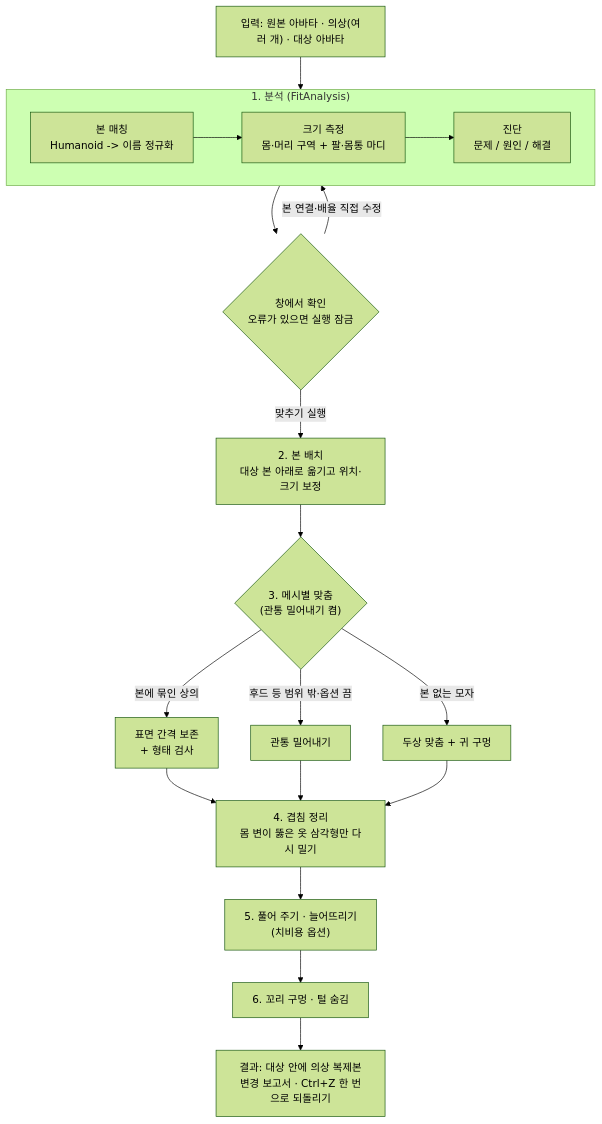
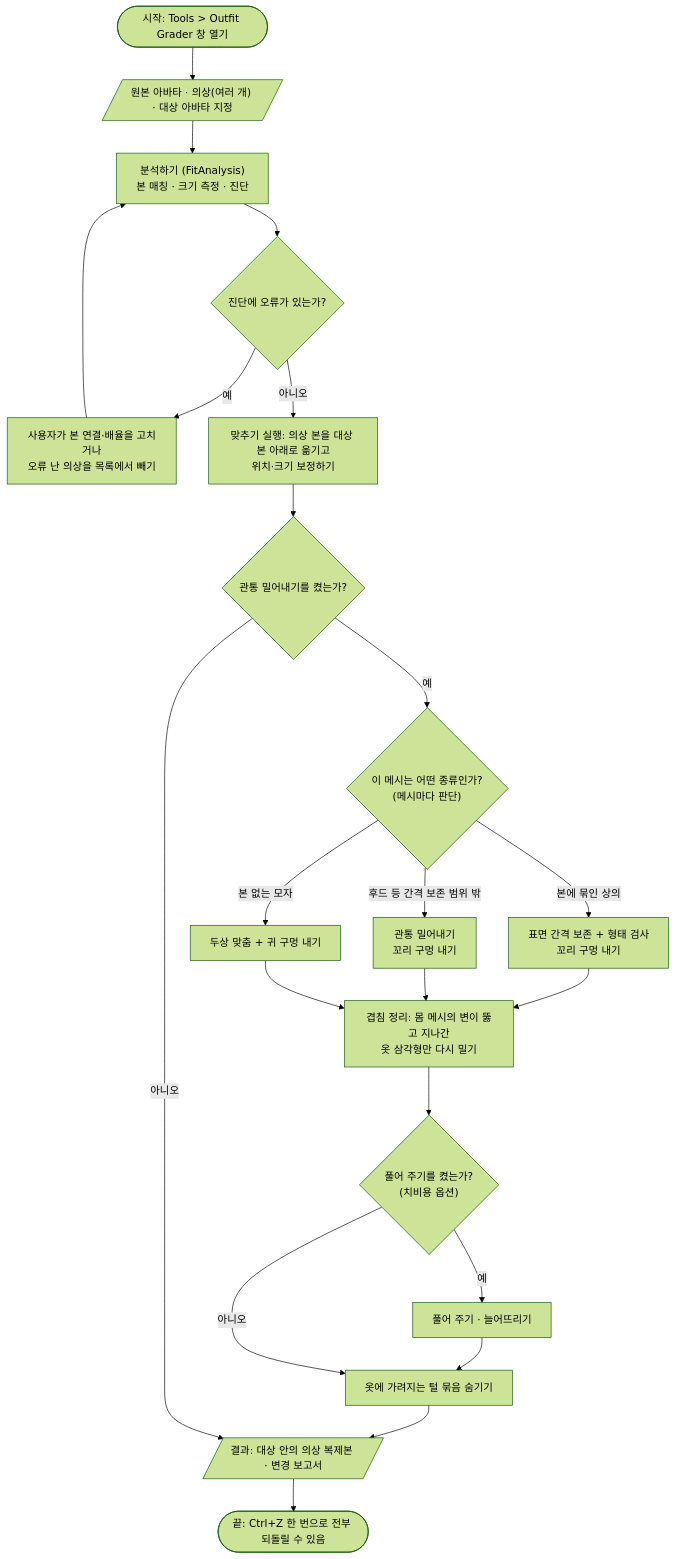
One commit to Ricopam/outfit-grader changed the first of 4 diagrams in README.md. Above: the diagram before and after it, drawn with Mermaid (forest theme). The commit also changed other lines of this file, not shown here.

````diff
--- a/README.md
+++ b/README.md
@@ -180,21 +182,24 @@
 ```mermaid
 flowchart TD
-    IN["입력: 원본 아바타 · 의상(여러 개) · 대상 아바타"] --> AN
-    subgraph AN["1. 분석 (FitAnalysis)"]
-        direction LR
-        A1["본 매칭<br/>Humanoid -> 이름 정규화"] --> A2["크기 측정<br/>몸·머리 구역 + 팔·몸통 마디"] --> A3["진단<br/>문제 / 원인 / 해결"]
-    end
-    AN --> UI{"창에서 확인<br/>오류가 있으면 실행 잠금"}
-    UI -- "본 연결·배율 직접 수정" --> AN
-    UI -- "맞추기 실행" --> PL["2. 본 배치<br/>대상 본 아래로 옮기고 위치·크기 보정"]
-    PL --> MESH{"3. 메시별 맞춤<br/>(관통 밀어내기 켬)"}
-    MESH -- "본에 묶인 상의" --> SO["표면 간격 보존<br/>+ 형태 검사"]
-    MESH -- "후드 등 범위 밖·옵션 끔" --> PU["관통 밀어내기"]
-    MESH -- "본 없는 모자" --> HAT["두상 맞춤 + 귀 구멍"]
-    SO --> RES["4. 겹침 정리<br/>몸 변이 뚫은 옷 삼각형만 다시 밀기"]
+    START(["시작: Tools > Outfit Grader 창 열기"]) --> IN[/"원본 아바타 · 의상(여러 개) · 대상 아바타 지정"/]
+    IN --> AN["분석하기 (FitAnalysis)<br/>본 매칭 · 크기 측정 · 진단"]
+    AN --> Q1{"진단에 오류가 있는가?"}
+    Q1 -->|예| FIX["사용자가 본 연결·배율을 고치거나<br/>오류 난 의상을 목록에서 빼기"]
+    FIX --> AN
+    Q1 -->|아니오| PL["맞추기 실행: 의상 본을 대상 본 아래로 옮기고<br/>위치·크기 보정하기"]
+    PL --> Q2{"관통 밀어내기를 켰는가?"}
+    Q2 -->|예| Q3{"이 메시는 어떤 종류인가?<br/>(메시마다 판단)"}
+    Q3 -->|본에 묶인 상의| SO["표면 간격 보존 + 형태 검사<br/>꼬리 구멍 내기"]
+    Q3 -->|후드 등 간격 보존 범위 밖| PU["관통 밀어내기<br/>꼬리 구멍 내기"]
+    Q3 -->|본 없는 모자| HAT["두상 맞춤 + 귀 구멍 내기"]
+    SO --> RES["겹침 정리: 몸 메시의 변이 뚫고 지나간<br/>옷 삼각형만 다시 밀기"]
     PU --> RES
     HAT --> RES
-    RES --> RLX["5. 풀어 주기 · 늘어뜨리기<br/>(치비용 옵션)"]
-    RLX --> FUR["6. 꼬리 구멍 · 털 숨김"]
-    FUR --> OUT["결과: 대상 안에 의상 복제본<br/>변경 보고서 · Ctrl+Z 한 번으로 되돌리기"]
+    RES --> Q4{"풀어 주기를 켰는가?<br/>(치비용 옵션)"}
+    Q4 -->|예| RLX["풀어 주기 · 늘어뜨리기"]
+    RLX --> FUR["옷에 가려지는 털 묶음 숨기기"]
+    Q4 -->|아니오| FUR
+    FUR --> OUT[/"결과: 대상 안의 의상 복제본 · 변경 보고서"/]
+    Q2 -->|아니오| OUT
+    OUT --> END(["끝: Ctrl+Z 한 번으로 전부 되돌릴 수 있음"])
 ```
````
